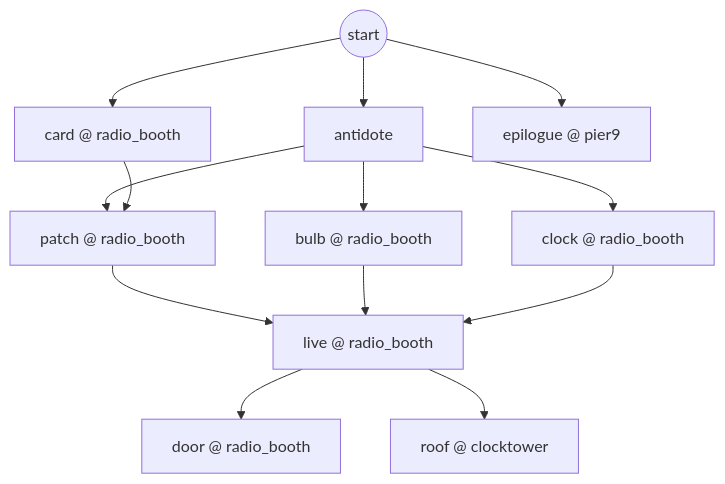
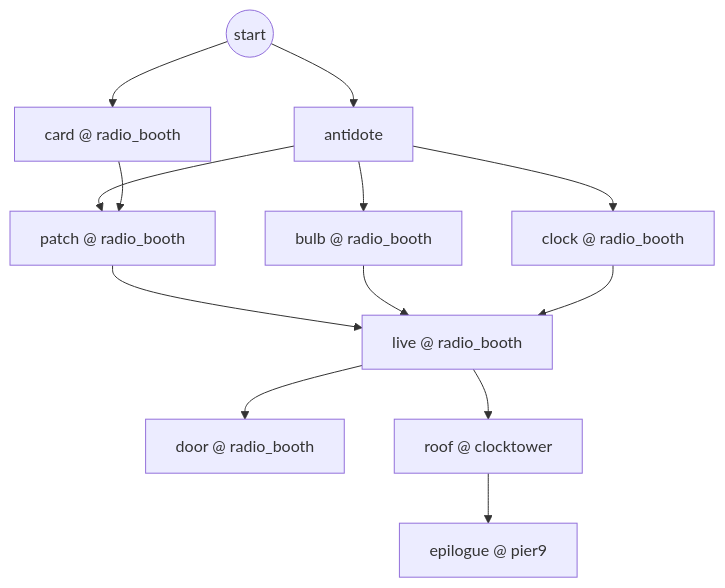
One commit to GasPhil1968/kolo-srece changed the eighth of 8 diagrams in nightlatch/docs/PUZZLE_GRAPH.md. Above: the diagram before and after it, drawn with Mermaid. The commit also changed other lines of this file and 216 other files, not shown here.

````diff
--- a/nightlatch/docs/PUZZLE_GRAPH.md
+++ b/nightlatch/docs/PUZZLE_GRAPH.md
@@ -496,25 +507,25 @@
 ```mermaid
 flowchart TD
   start8((start))
   c8_antidote["antidote"]
   c8_card["card @ radio_booth"]
   c8_patch["patch @ radio_booth"]
   c8_bulb["bulb @ radio_booth"]
   c8_clock["clock @ radio_booth"]
   c8_live["live @ radio_booth"]
   c8_door["door @ radio_booth"]
   c8_roof["roof @ clocktower"]
   c8_epilogue["epilogue @ pier9"]
   start8 --> c8_antidote
   start8 --> c8_card
   c8_antidote --> c8_patch
   c8_card --> c8_patch
   c8_antidote --> c8_bulb
   c8_antidote --> c8_clock
   c8_patch --> c8_live
   c8_bulb --> c8_live
   c8_clock --> c8_live
   c8_live --> c8_door
   c8_live --> c8_roof
-  start8 --> c8_epilogue
+  c8_roof --> c8_epilogue
 ```
````
